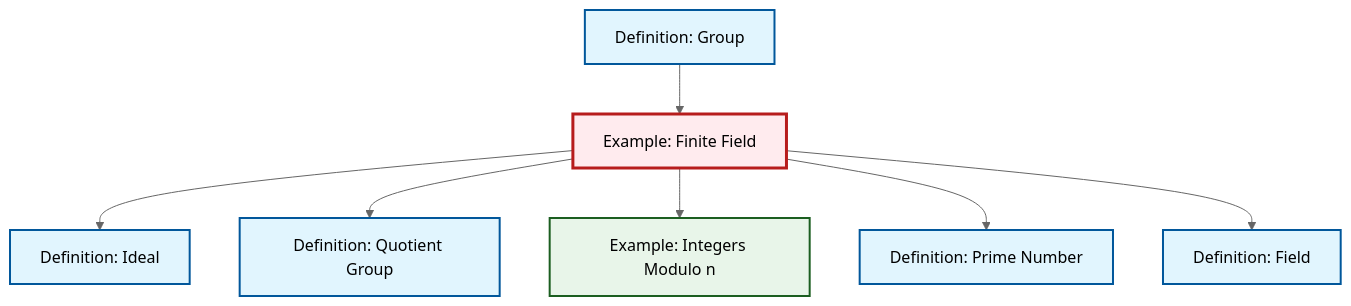
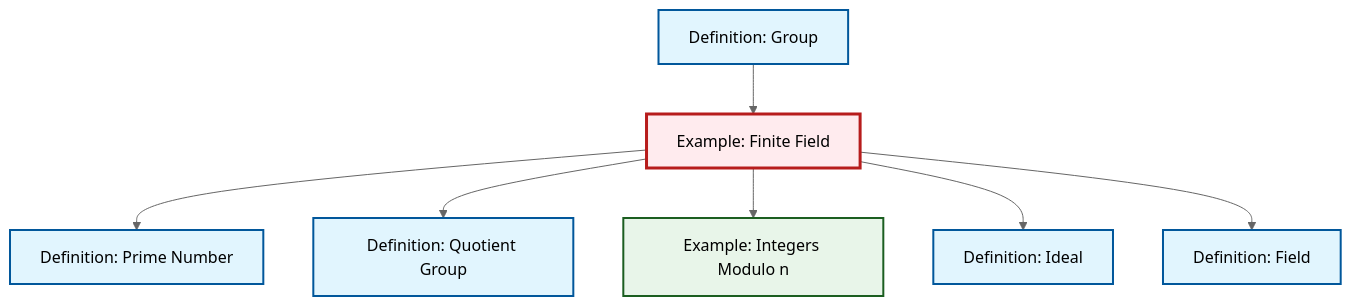
The diagram in content/en/algebra/ex-finite-field.qmd (RK0429/ModernMath), drawn with Mermaid (neutral theme) before and after one commit. The commit also changed other lines of this file and 615 other files, not shown here.

````diff
--- a/content/en/algebra/ex-finite-field.qmd
+++ b/content/en/algebra/ex-finite-field.qmd
@@ -64,29 +64,29 @@
 ```{mermaid}
 %%| fig-cap: "Local dependency graph"
 graph TD
     classDef definition fill:#e1f5fe,stroke:#01579b,stroke-width:2px
     classDef theorem fill:#f3e5f5,stroke:#4a148c,stroke-width:2px
     classDef axiom fill:#fff3e0,stroke:#e65100,stroke-width:2px
     classDef example fill:#e8f5e9,stroke:#1b5e20,stroke-width:2px
     classDef current fill:#ffebee,stroke:#b71c1c,stroke-width:3px
+    ex-finite-field["Example: Finite Field"]:::example
+    def-group["Definition: Group"]:::definition
     def-ideal["Definition: Ideal"]:::definition
     def-field["Definition: Field"]:::definition
+    ex-quotient-integers-mod-n["Example: Integers Modulo n"]:::example
+    def-prime["Definition: Prime Number"]:::definition
     def-quotient-group["Definition: Quotient Group"]:::definition
-    def-prime["Definition: Prime Number"]:::definition
-    def-group["Definition: Group"]:::definition
-    ex-finite-field["Example: Finite Field"]:::example
-    ex-quotient-integers-mod-n["Example: Integers Modulo n"]:::example
+    ex-finite-field --> def-prime
+    ex-finite-field --> def-quotient-group
+    ex-finite-field --> ex-quotient-integers-mod-n
+    def-group --> ex-finite-field
     ex-finite-field --> def-ideal
-    ex-finite-field --> def-quotient-group
-    def-group --> ex-finite-field
-    ex-finite-field --> ex-quotient-integers-mod-n
-    ex-finite-field --> def-prime
     ex-finite-field --> def-field
     class ex-finite-field current
+    click def-group "def-group.html" "Go to Group definition"
     click def-ideal "def-ideal.html" "Go to Ideal definition"
     click def-field "def-field.html" "Go to Field definition"
+    click ex-quotient-integers-mod-n "ex-quotient-integers-mod-n.html" "Go to Integers Modulo n example"
+    click def-prime "def-prime.html" "Go to Prime Number definition"
     click def-quotient-group "def-quotient-group.html" "Go to Quotient Group definition"
-    click def-prime "def-prime.html" "Go to Prime Number definition"
-    click def-group "def-group.html" "Go to Group definition"
-    click ex-quotient-integers-mod-n "ex-quotient-integers-mod-n.html" "Go to Integers Modulo n example"
 ```
````
